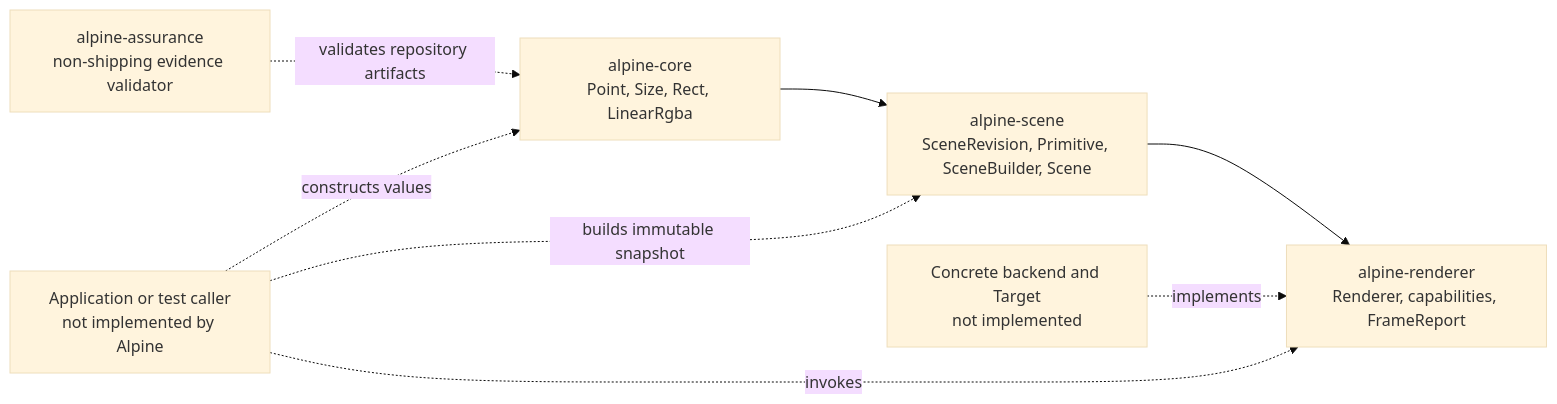
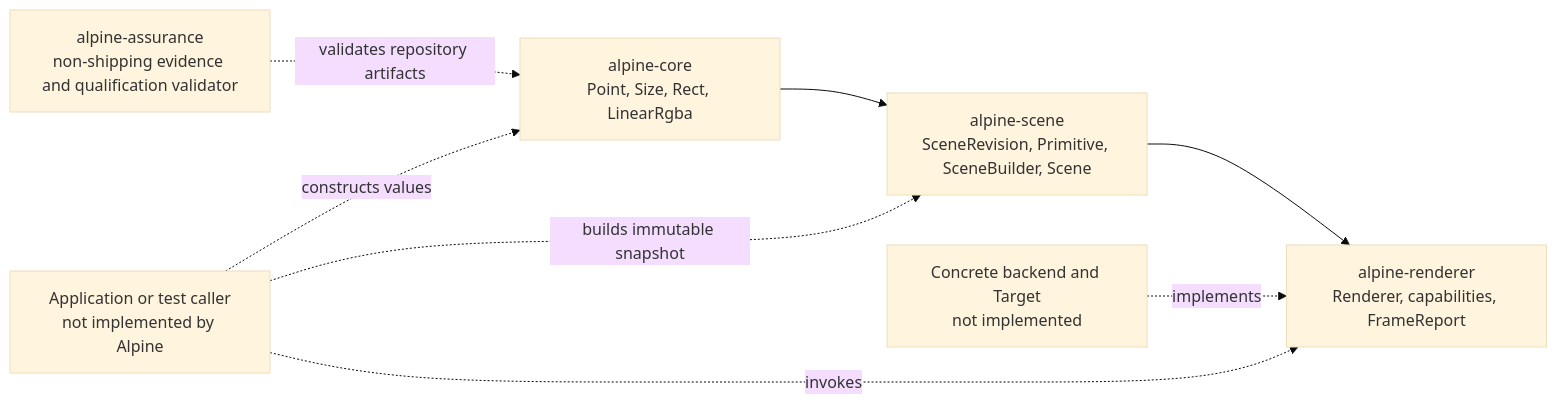
The first of 7 diagrams in ARCHITECTURE.md (dbuddha/alpine-gpui), drawn with Mermaid (base theme) before and after one commit. The commit also changed other lines of this file and 32 other files, not shown here.

````diff
--- a/ARCHITECTURE.md
+++ b/ARCHITECTURE.md
@@ -14,16 +15,16 @@
 ```mermaid
 flowchart LR
     caller["Application or test caller<br/>not implemented by Alpine"]
     core["alpine-core<br/>Point, Size, Rect, LinearRgba"]
     scene["alpine-scene<br/>SceneRevision, Primitive, SceneBuilder, Scene"]
     renderer["alpine-renderer<br/>Renderer, capabilities, FrameReport"]
     backend["Concrete backend and Target<br/>not implemented"]
-    assurance["alpine-assurance<br/>non-shipping evidence validator"]
+    assurance["alpine-assurance<br/>non-shipping evidence and qualification validator"]
 
     core --> scene --> renderer
     caller -. "constructs values" .-> core
     caller -. "builds immutable snapshot" .-> scene
     caller -. "invokes" .-> renderer
     backend -. "implements" .-> renderer
     assurance -. "validates repository artifacts" .-> core
 ```
````
